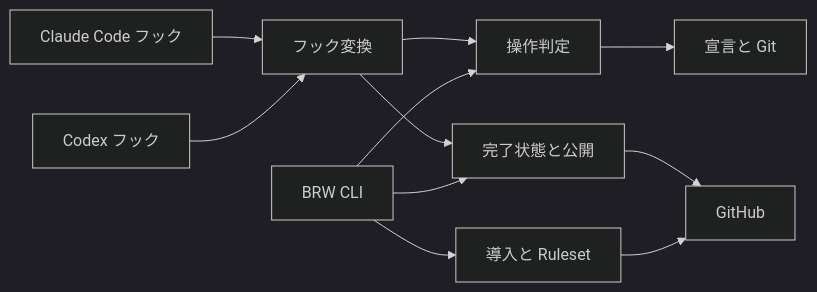
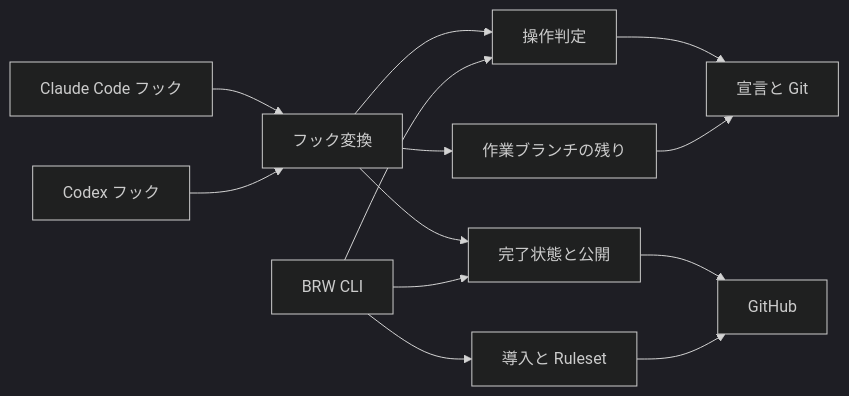
The first of 4 diagrams in .kiro/specs/brw-enforcement/design.md (nekono-dev/branch-release-workflow), drawn with Mermaid (dark theme) before and after one commit. The commit also changed other lines of this file and 50 other files, not shown here.

````diff
--- a/.kiro/specs/brw-enforcement/design.md
+++ b/.kiro/specs/brw-enforcement/design.md
@@ -50,13 +60,15 @@
 ```mermaid
 flowchart LR
     Claude[Claude Code フック] --> Hooks[フック変換]
     Codex[Codex フック] --> Hooks
     Hooks --> Policy[操作判定]
     CLI[BRW CLI] --> Policy
     Policy --> Repo[宣言と Git]
     Hooks --> Publication[完了状態と公開]
+    Hooks --> Remainder[作業ブランチの残り]
+    Remainder --> Repo
     CLI --> Publication
     CLI --> Rules[導入と Ruleset]
     Publication --> GitHub[GitHub]
     Rules --> GitHub
 ```
````
